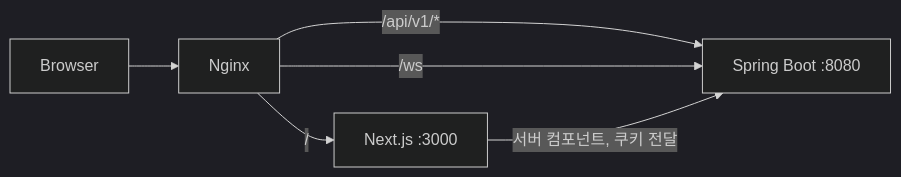
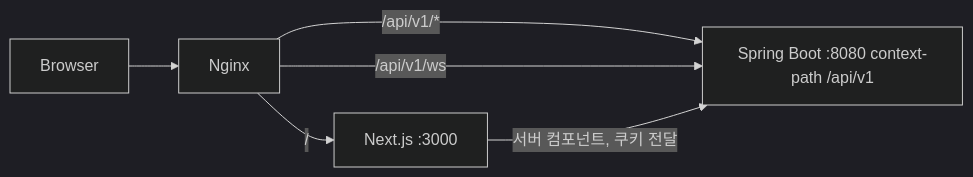
One commit to likelion-backendschool-9th/1team_project changed the diagram in docs/프론트엔드-청사진.md. Above: the diagram before and after it, drawn with Mermaid (dark theme). The commit also changed other lines of this file and 1 other file, not shown here.

````diff
--- a/docs/프론트엔드-청사진.md
+++ b/docs/프론트엔드-청사진.md
@@ -55,8 +57,8 @@
 ```mermaid
 flowchart LR
   B[Browser] --> N[Nginx]
   N -->|/| F[Next.js :3000]
-  N -->|/api/v1/*| S[Spring Boot :8080]
-  N -->|/ws| S
+  N -->|/api/v1/*| S[Spring Boot :8080 context-path /api/v1]
+  N -->|/api/v1/ws| S
   F -->|서버 컴포넌트, 쿠키 전달| S
 ```
````
